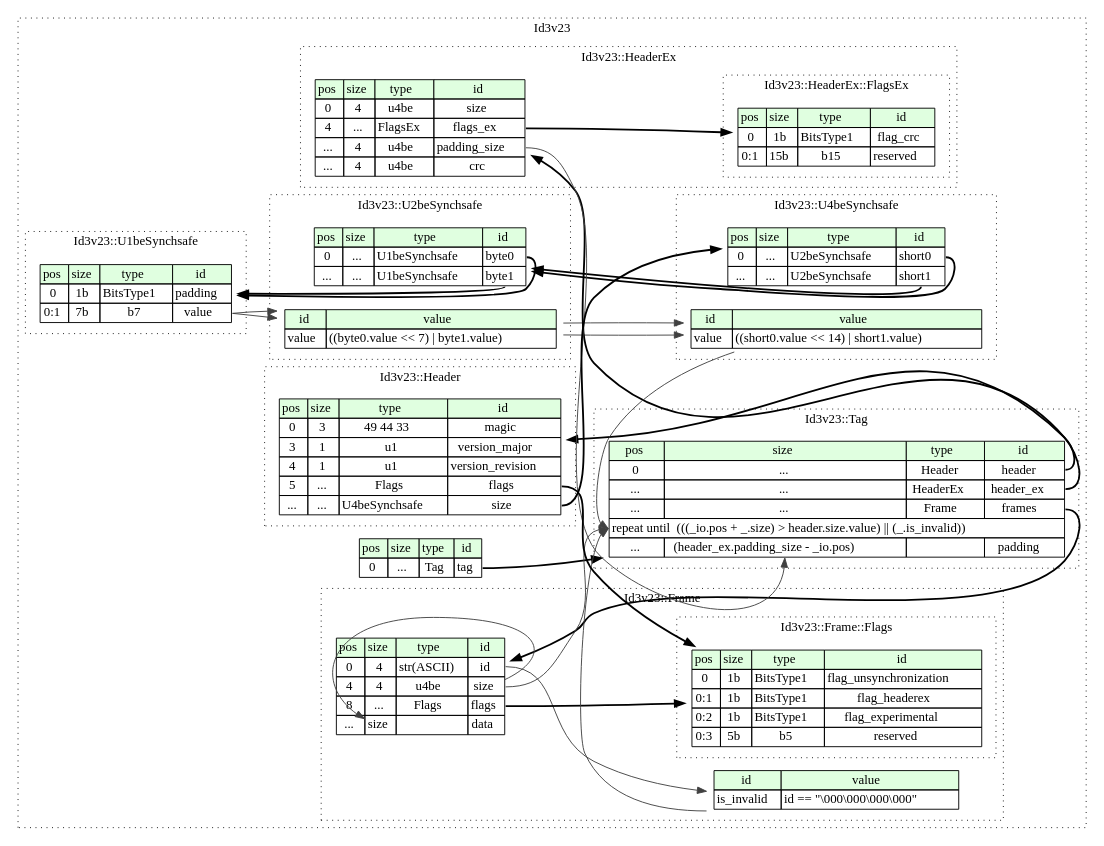
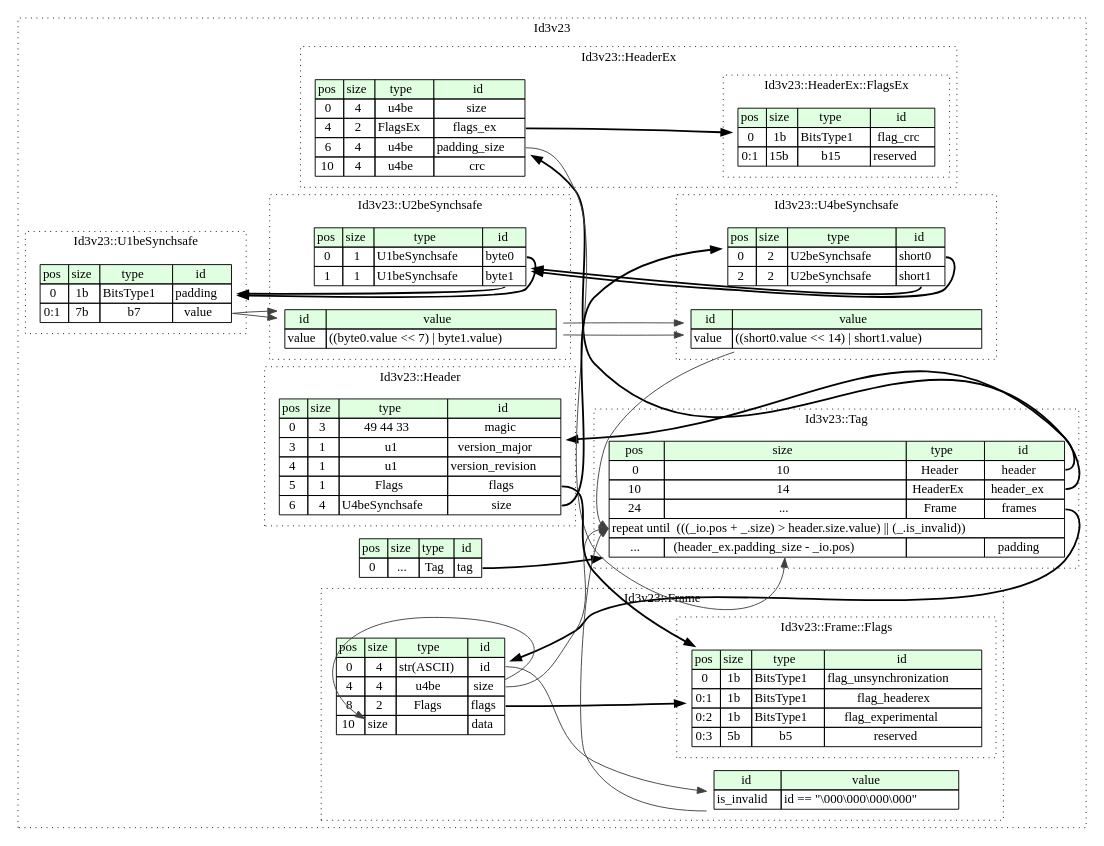
One commit to kaitai-io/formats-kaitai-io.github.io changed the diagram in id3v2_3/src/graphviz/id3v2_3.dot. Above: the diagram before and after it, drawn with Graphviz. The commit also changed 1654 other files, not shown here.

```diff
--- a/id3v2_3/src/graphviz/id3v2_3.dot
+++ b/id3v2_3/src/graphviz/id3v2_3.dot
@@ -1,165 +1,165 @@
 digraph {
 	rankdir=LR;
 	node [shape=plaintext];
 	subgraph cluster__id3v2_3 {
 		label="Id3v23";
 		graph[style=dotted];
 
 		id3v2_3__seq [label=<<TABLE BORDER="0" CELLBORDER="1" CELLSPACING="0">
 			<TR><TD BGCOLOR="#E0FFE0">pos</TD><TD BGCOLOR="#E0FFE0">size</TD><TD BGCOLOR="#E0FFE0">type</TD><TD BGCOLOR="#E0FFE0">id</TD></TR>
 			<TR><TD PORT="tag_pos">0</TD><TD PORT="tag_size">...</TD><TD>Tag</TD><TD PORT="tag_type">tag</TD></TR>
 		</TABLE>>];
 		subgraph cluster__u1be_synchsafe {
 			label="Id3v23::U1beSynchsafe";
 			graph[style=dotted];
 
 			u1be_synchsafe__seq [label=<<TABLE BORDER="0" CELLBORDER="1" CELLSPACING="0">
 				<TR><TD BGCOLOR="#E0FFE0">pos</TD><TD BGCOLOR="#E0FFE0">size</TD><TD BGCOLOR="#E0FFE0">type</TD><TD BGCOLOR="#E0FFE0">id</TD></TR>
 				<TR><TD PORT="padding_pos">0</TD><TD PORT="padding_size">1b</TD><TD>BitsType1</TD><TD PORT="padding_type">padding</TD></TR>
 				<TR><TD PORT="value_pos">0:1</TD><TD PORT="value_size">7b</TD><TD>b7</TD><TD PORT="value_type">value</TD></TR>
 			</TABLE>>];
 		}
 		subgraph cluster__u2be_synchsafe {
 			label="Id3v23::U2beSynchsafe";
 			graph[style=dotted];
 
 			u2be_synchsafe__seq [label=<<TABLE BORDER="0" CELLBORDER="1" CELLSPACING="0">
 				<TR><TD BGCOLOR="#E0FFE0">pos</TD><TD BGCOLOR="#E0FFE0">size</TD><TD BGCOLOR="#E0FFE0">type</TD><TD BGCOLOR="#E0FFE0">id</TD></TR>
-				<TR><TD PORT="byte0_pos">0</TD><TD PORT="byte0_size">...</TD><TD>U1beSynchsafe</TD><TD PORT="byte0_type">byte0</TD></TR>
-				<TR><TD PORT="byte1_pos">...</TD><TD PORT="byte1_size">...</TD><TD>U1beSynchsafe</TD><TD PORT="byte1_type">byte1</TD></TR>
+				<TR><TD PORT="byte0_pos">0</TD><TD PORT="byte0_size">1</TD><TD>U1beSynchsafe</TD><TD PORT="byte0_type">byte0</TD></TR>
+				<TR><TD PORT="byte1_pos">1</TD><TD PORT="byte1_size">1</TD><TD>U1beSynchsafe</TD><TD PORT="byte1_type">byte1</TD></TR>
 			</TABLE>>];
 			u2be_synchsafe__inst__value [label=<<TABLE BORDER="0" CELLBORDER="1" CELLSPACING="0">
 				<TR><TD BGCOLOR="#E0FFE0">id</TD><TD BGCOLOR="#E0FFE0">value</TD></TR>
 				<TR><TD>value</TD><TD>((byte0.value &lt;&lt; 7) | byte1.value)</TD></TR>
 			</TABLE>>];
 		}
 		subgraph cluster__tag {
 			label="Id3v23::Tag";
 			graph[style=dotted];
 
 			tag__seq [label=<<TABLE BORDER="0" CELLBORDER="1" CELLSPACING="0">
 				<TR><TD BGCOLOR="#E0FFE0">pos</TD><TD BGCOLOR="#E0FFE0">size</TD><TD BGCOLOR="#E0FFE0">type</TD><TD BGCOLOR="#E0FFE0">id</TD></TR>
-				<TR><TD PORT="header_pos">0</TD><TD PORT="header_size">...</TD><TD>Header</TD><TD PORT="header_type">header</TD></TR>
-				<TR><TD PORT="header_ex_pos">...</TD><TD PORT="header_ex_size">...</TD><TD>HeaderEx</TD><TD PORT="header_ex_type">header_ex</TD></TR>
-				<TR><TD PORT="frames_pos">...</TD><TD PORT="frames_size">...</TD><TD>Frame</TD><TD PORT="frames_type">frames</TD></TR>
+				<TR><TD PORT="header_pos">0</TD><TD PORT="header_size">10</TD><TD>Header</TD><TD PORT="header_type">header</TD></TR>
+				<TR><TD PORT="header_ex_pos">10</TD><TD PORT="header_ex_size">14</TD><TD>HeaderEx</TD><TD PORT="header_ex_type">header_ex</TD></TR>
+				<TR><TD PORT="frames_pos">24</TD><TD PORT="frames_size">...</TD><TD>Frame</TD><TD PORT="frames_type">frames</TD></TR>
 				<TR><TD COLSPAN="4" PORT="frames__repeat">repeat until  (((_io.pos + _.size) &gt; header.size.value) || (_.is_invalid)) </TD></TR>
 				<TR><TD PORT="padding_pos">...</TD><TD PORT="padding_size">(header_ex.padding_size - _io.pos)</TD><TD></TD><TD PORT="padding_type">padding</TD></TR>
 			</TABLE>>];
 		}
 		subgraph cluster__u4be_synchsafe {
 			label="Id3v23::U4beSynchsafe";
 			graph[style=dotted];
 
 			u4be_synchsafe__seq [label=<<TABLE BORDER="0" CELLBORDER="1" CELLSPACING="0">
 				<TR><TD BGCOLOR="#E0FFE0">pos</TD><TD BGCOLOR="#E0FFE0">size</TD><TD BGCOLOR="#E0FFE0">type</TD><TD BGCOLOR="#E0FFE0">id</TD></TR>
-				<TR><TD PORT="short0_pos">0</TD><TD PORT="short0_size">...</TD><TD>U2beSynchsafe</TD><TD PORT="short0_type">short0</TD></TR>
-				<TR><TD PORT="short1_pos">...</TD><TD PORT="short1_size">...</TD><TD>U2beSynchsafe</TD><TD PORT="short1_type">short1</TD></TR>
+				<TR><TD PORT="short0_pos">0</TD><TD PORT="short0_size">2</TD><TD>U2beSynchsafe</TD><TD PORT="short0_type">short0</TD></TR>
+				<TR><TD PORT="short1_pos">2</TD><TD PORT="short1_size">2</TD><TD>U2beSynchsafe</TD><TD PORT="short1_type">short1</TD></TR>
 			</TABLE>>];
 			u4be_synchsafe__inst__value [label=<<TABLE BORDER="0" CELLBORDER="1" CELLSPACING="0">
 				<TR><TD BGCOLOR="#E0FFE0">id</TD><TD BGCOLOR="#E0FFE0">value</TD></TR>
 				<TR><TD>value</TD><TD>((short0.value &lt;&lt; 14) | short1.value)</TD></TR>
 			</TABLE>>];
 		}
 		subgraph cluster__frame {
 			label="Id3v23::Frame";
 			graph[style=dotted];
 
 			frame__seq [label=<<TABLE BORDER="0" CELLBORDER="1" CELLSPACING="0">
 				<TR><TD BGCOLOR="#E0FFE0">pos</TD><TD BGCOLOR="#E0FFE0">size</TD><TD BGCOLOR="#E0FFE0">type</TD><TD BGCOLOR="#E0FFE0">id</TD></TR>
 				<TR><TD PORT="id_pos">0</TD><TD PORT="id_size">4</TD><TD>str(ASCII)</TD><TD PORT="id_type">id</TD></TR>
 				<TR><TD PORT="size_pos">4</TD><TD PORT="size_size">4</TD><TD>u4be</TD><TD PORT="size_type">size</TD></TR>
-				<TR><TD PORT="flags_pos">8</TD><TD PORT="flags_size">...</TD><TD>Flags</TD><TD PORT="flags_type">flags</TD></TR>
-				<TR><TD PORT="data_pos">...</TD><TD PORT="data_size">size</TD><TD></TD><TD PORT="data_type">data</TD></TR>
+				<TR><TD PORT="flags_pos">8</TD><TD PORT="flags_size">2</TD><TD>Flags</TD><TD PORT="flags_type">flags</TD></TR>
+				<TR><TD PORT="data_pos">10</TD><TD PORT="data_size">size</TD><TD></TD><TD PORT="data_type">data</TD></TR>
 			</TABLE>>];
 			frame__inst__is_invalid [label=<<TABLE BORDER="0" CELLBORDER="1" CELLSPACING="0">
 				<TR><TD BGCOLOR="#E0FFE0">id</TD><TD BGCOLOR="#E0FFE0">value</TD></TR>
 				<TR><TD>is_invalid</TD><TD>id == &quot;\000\000\000\000&quot;</TD></TR>
 			</TABLE>>];
 			subgraph cluster__flags {
 				label="Id3v23::Frame::Flags";
 				graph[style=dotted];
 
 				flags__seq [label=<<TABLE BORDER="0" CELLBORDER="1" CELLSPACING="0">
 					<TR><TD BGCOLOR="#E0FFE0">pos</TD><TD BGCOLOR="#E0FFE0">size</TD><TD BGCOLOR="#E0FFE0">type</TD><TD BGCOLOR="#E0FFE0">id</TD></TR>
 					<TR><TD PORT="flag_discard_alter_tag_pos">0</TD><TD PORT="flag_discard_alter_tag_size">1b</TD><TD>BitsType1</TD><TD PORT="flag_discard_alter_tag_type">flag_discard_alter_tag</TD></TR>
 					<TR><TD PORT="flag_discard_alter_file_pos">0:1</TD><TD PORT="flag_discard_alter_file_size">1b</TD><TD>BitsType1</TD><TD PORT="flag_discard_alter_file_type">flag_discard_alter_file</TD></TR>
 					<TR><TD PORT="flag_read_only_pos">0:2</TD><TD PORT="flag_read_only_size">1b</TD><TD>BitsType1</TD><TD PORT="flag_read_only_type">flag_read_only</TD></TR>
 					<TR><TD PORT="reserved1_pos">0:3</TD><TD PORT="reserved1_size">5b</TD><TD>b5</TD><TD PORT="reserved1_type">reserved1</TD></TR>
 					<TR><TD PORT="flag_compressed_pos">1</TD><TD PORT="flag_compressed_size">1b</TD><TD>BitsType1</TD><TD PORT="flag_compressed_type">flag_compressed</TD></TR>
 					<TR><TD PORT="flag_encrypted_pos">1:1</TD><TD PORT="flag_encrypted_size">1b</TD><TD>BitsType1</TD><TD PORT="flag_encrypted_type">flag_encrypted</TD></TR>
 					<TR><TD PORT="flag_grouping_pos">1:2</TD><TD PORT="flag_grouping_size">1b</TD><TD>BitsType1</TD><TD PORT="flag_grouping_type">flag_grouping</TD></TR>
 					<TR><TD PORT="reserved2_pos">1:3</TD><TD PORT="reserved2_size">5b</TD><TD>b5</TD><TD PORT="reserved2_type">reserved2</TD></TR>
 				</TABLE>>];
 			}
 		}
 		subgraph cluster__header_ex {
 			label="Id3v23::HeaderEx";
 			graph[style=dotted];
 
 			header_ex__seq [label=<<TABLE BORDER="0" CELLBORDER="1" CELLSPACING="0">
 				<TR><TD BGCOLOR="#E0FFE0">pos</TD><TD BGCOLOR="#E0FFE0">size</TD><TD BGCOLOR="#E0FFE0">type</TD><TD BGCOLOR="#E0FFE0">id</TD></TR>
 				<TR><TD PORT="size_pos">0</TD><TD PORT="size_size">4</TD><TD>u4be</TD><TD PORT="size_type">size</TD></TR>
-				<TR><TD PORT="flags_ex_pos">4</TD><TD PORT="flags_ex_size">...</TD><TD>FlagsEx</TD><TD PORT="flags_ex_type">flags_ex</TD></TR>
-				<TR><TD PORT="padding_size_pos">...</TD><TD PORT="padding_size_size">4</TD><TD>u4be</TD><TD PORT="padding_size_type">padding_size</TD></TR>
-				<TR><TD PORT="crc_pos">...</TD><TD PORT="crc_size">4</TD><TD>u4be</TD><TD PORT="crc_type">crc</TD></TR>
+				<TR><TD PORT="flags_ex_pos">4</TD><TD PORT="flags_ex_size">2</TD><TD>FlagsEx</TD><TD PORT="flags_ex_type">flags_ex</TD></TR>
+				<TR><TD PORT="padding_size_pos">6</TD><TD PORT="padding_size_size">4</TD><TD>u4be</TD><TD PORT="padding_size_type">padding_size</TD></TR>
+				<TR><TD PORT="crc_pos">10</TD><TD PORT="crc_size">4</TD><TD>u4be</TD><TD PORT="crc_type">crc</TD></TR>
 			</TABLE>>];
 			subgraph cluster__flags_ex {
 				label="Id3v23::HeaderEx::FlagsEx";
 				graph[style=dotted];
 
 				flags_ex__seq [label=<<TABLE BORDER="0" CELLBORDER="1" CELLSPACING="0">
 					<TR><TD BGCOLOR="#E0FFE0">pos</TD><TD BGCOLOR="#E0FFE0">size</TD><TD BGCOLOR="#E0FFE0">type</TD><TD BGCOLOR="#E0FFE0">id</TD></TR>
 					<TR><TD PORT="flag_crc_pos">0</TD><TD PORT="flag_crc_size">1b</TD><TD>BitsType1</TD><TD PORT="flag_crc_type">flag_crc</TD></TR>
 					<TR><TD PORT="reserved_pos">0:1</TD><TD PORT="reserved_size">15b</TD><TD>b15</TD><TD PORT="reserved_type">reserved</TD></TR>
 				</TABLE>>];
 			}
 		}
 		subgraph cluster__header {
 			label="Id3v23::Header";
 			graph[style=dotted];
 
 			header__seq [label=<<TABLE BORDER="0" CELLBORDER="1" CELLSPACING="0">
 				<TR><TD BGCOLOR="#E0FFE0">pos</TD><TD BGCOLOR="#E0FFE0">size</TD><TD BGCOLOR="#E0FFE0">type</TD><TD BGCOLOR="#E0FFE0">id</TD></TR>
 				<TR><TD PORT="magic_pos">0</TD><TD PORT="magic_size">3</TD><TD>49 44 33</TD><TD PORT="magic_type">magic</TD></TR>
 				<TR><TD PORT="version_major_pos">3</TD><TD PORT="version_major_size">1</TD><TD>u1</TD><TD PORT="version_major_type">version_major</TD></TR>
 				<TR><TD PORT="version_revision_pos">4</TD><TD PORT="version_revision_size">1</TD><TD>u1</TD><TD PORT="version_revision_type">version_revision</TD></TR>
-				<TR><TD PORT="flags_pos">5</TD><TD PORT="flags_size">...</TD><TD>Flags</TD><TD PORT="flags_type">flags</TD></TR>
-				<TR><TD PORT="size_pos">...</TD><TD PORT="size_size">...</TD><TD>U4beSynchsafe</TD><TD PORT="size_type">size</TD></TR>
+				<TR><TD PORT="flags_pos">5</TD><TD PORT="flags_size">1</TD><TD>Flags</TD><TD PORT="flags_type">flags</TD></TR>
+				<TR><TD PORT="size_pos">6</TD><TD PORT="size_size">4</TD><TD>U4beSynchsafe</TD><TD PORT="size_type">size</TD></TR>
 			</TABLE>>];
 			subgraph cluster__flags {
 				label="Id3v23::Header::Flags";
 				graph[style=dotted];
 
 				flags__seq [label=<<TABLE BORDER="0" CELLBORDER="1" CELLSPACING="0">
 					<TR><TD BGCOLOR="#E0FFE0">pos</TD><TD BGCOLOR="#E0FFE0">size</TD><TD BGCOLOR="#E0FFE0">type</TD><TD BGCOLOR="#E0FFE0">id</TD></TR>
 					<TR><TD PORT="flag_unsynchronization_pos">0</TD><TD PORT="flag_unsynchronization_size">1b</TD><TD>BitsType1</TD><TD PORT="flag_unsynchronization_type">flag_unsynchronization</TD></TR>
 					<TR><TD PORT="flag_headerex_pos">0:1</TD><TD PORT="flag_headerex_size">1b</TD><TD>BitsType1</TD><TD PORT="flag_headerex_type">flag_headerex</TD></TR>
 					<TR><TD PORT="flag_experimental_pos">0:2</TD><TD PORT="flag_experimental_size">1b</TD><TD>BitsType1</TD><TD PORT="flag_experimental_type">flag_experimental</TD></TR>
 					<TR><TD PORT="reserved_pos">0:3</TD><TD PORT="reserved_size">5b</TD><TD>b5</TD><TD PORT="reserved_type">reserved</TD></TR>
 				</TABLE>>];
 			}
 		}
 	}
 	id3v2_3__seq:tag_type -> tag__seq [style=bold];
 	u2be_synchsafe__seq:byte0_type -> u1be_synchsafe__seq [style=bold];
 	u2be_synchsafe__seq:byte1_type -> u1be_synchsafe__seq [style=bold];
 	u1be_synchsafe__seq:value_type -> u2be_synchsafe__inst__value [color="#404040"];
 	u1be_synchsafe__seq:value_type -> u2be_synchsafe__inst__value [color="#404040"];
 	tag__seq:header_type -> header__seq [style=bold];
 	tag__seq:header_ex_type -> header_ex__seq [style=bold];
 	tag__seq:frames_type -> frame__seq [style=bold];
 	frame__seq:size_type -> tag__seq:frames__repeat [color="#404040"];
 	u4be_synchsafe__inst__value:value_type -> tag__seq:frames__repeat [color="#404040"];
 	frame__inst__is_invalid:is_invalid_type -> tag__seq:frames__repeat [color="#404040"];
 	header_ex__seq:padding_size_type -> tag__seq:padding_size [color="#404040"];
 	u4be_synchsafe__seq:short0_type -> u2be_synchsafe__seq [style=bold];
 	u4be_synchsafe__seq:short1_type -> u2be_synchsafe__seq [style=bold];
 	u2be_synchsafe__inst__value:value_type -> u4be_synchsafe__inst__value [color="#404040"];
 	u2be_synchsafe__inst__value:value_type -> u4be_synchsafe__inst__value [color="#404040"];
 	frame__seq:flags_type -> flags__seq [style=bold];
 	frame__seq:size_type -> frame__seq:data_size [color="#404040"];
 	frame__seq:id_type -> frame__inst__is_invalid [color="#404040"];
 	header_ex__seq:flags_ex_type -> flags_ex__seq [style=bold];
 	header__seq:flags_type -> flags__seq [style=bold];
 	header__seq:size_type -> u4be_synchsafe__seq [style=bold];
 }
```
